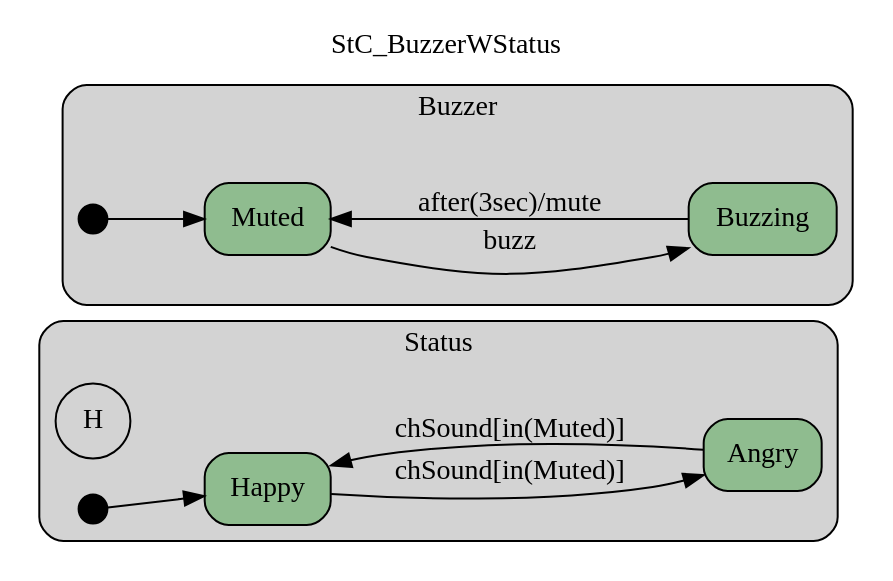
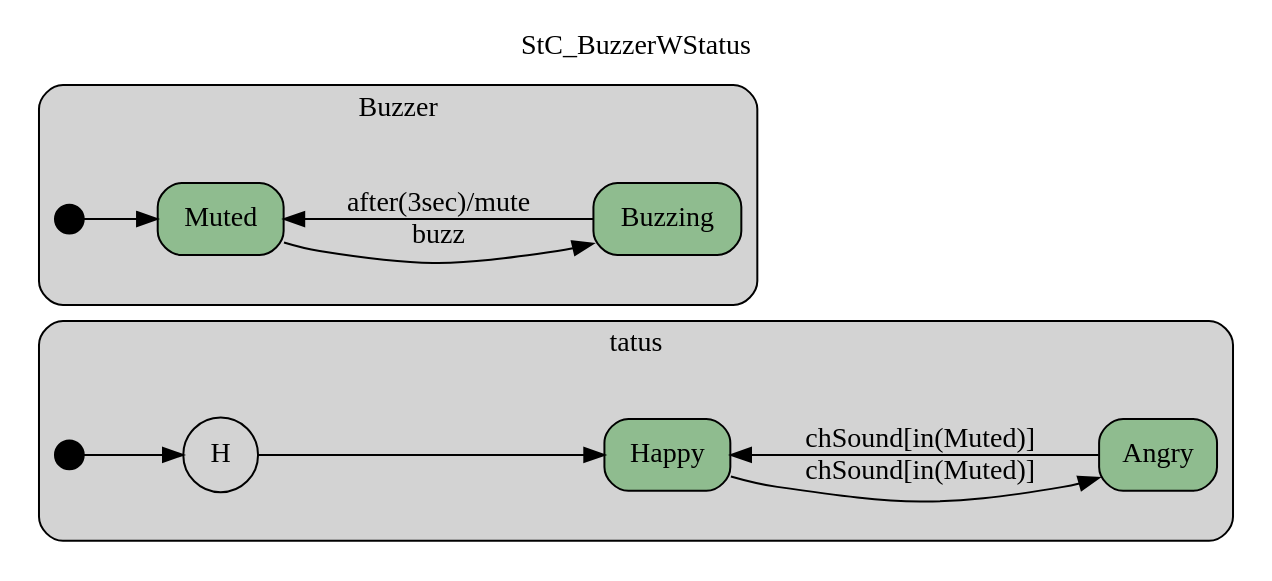
The diagram in Haskell/Statecharts/Examples/img/StC_BuzzerWStatus.gv (namalio/Fragmenta), drawn with Graphviz before and after one commit. The commit also changed 70 other files, not shown here.

```diff
--- a/Haskell/Statecharts/Examples/img/StC_BuzzerWStatus.gv
+++ b/Haskell/Statecharts/Examples/img/StC_BuzzerWStatus.gv
@@ -1,34 +1,35 @@
 digraph {
 compound=true;
 rankdir=LR;
 label="StC_BuzzerWStatus";
 labelloc=t;
-subgraph cluster_Status {
+subgraph cluster_tatus {
 style="filled,rounded";
-label ="Status";
+label ="tatus";
 fillcolor = lightgray;
+initStatus_St [shape = point,fillcolor=black,height=.2,width=.2,label=""];
+
+Angry [shape=box,fillcolor=darkseagreen,style="filled,rounded",label=Angry];
+Happy [shape=box,fillcolor=darkseagreen,style="filled,rounded",label=Happy];
 hStatus_St [shape = circle,fillcolor=black,label="H"];
 
-Happy [shape=box,fillcolor=darkseagreen,style="filled,rounded",label=Happy];
-Angry [shape=box,fillcolor=darkseagreen,style="filled,rounded",label=Angry];
-initStatus_St [shape = point,fillcolor=black,height=.2,width=.2,label=""];
 
-
+initStatus_St->hStatus_St[label="",  ];
 Happy->Angry[label="chSound[in(Muted)]",  ];
 Angry->Happy[label="chSound[in(Muted)]",  ];
-initStatus_St->Happy[label="",  ];
+hStatus_St->Happy[label="",  ];
 }
 subgraph cluster_Buzzer {
 style="filled,rounded";
 label ="Buzzer";
 fillcolor = lightgray;
+Muted [shape=box,fillcolor=darkseagreen,style="filled,rounded",label=Muted];
+Buzzing [shape=box,fillcolor=darkseagreen,style="filled,rounded",label=Buzzing];
 init_St [shape = point,fillcolor=black,height=.2,width=.2,label=""];
 
-Buzzing [shape=box,fillcolor=darkseagreen,style="filled,rounded",label=Buzzing];
-Muted [shape=box,fillcolor=darkseagreen,style="filled,rounded",label=Muted];
 
+Muted->Buzzing[label="buzz",  ];
+Buzzing->Muted[label="after(3sec)/mute",  ];
 init_St->Muted[label="",  ];
-Buzzing->Muted[label="after(3sec)/mute",  ];
-Muted->Buzzing[label="buzz",  ];
 }
 }
```
